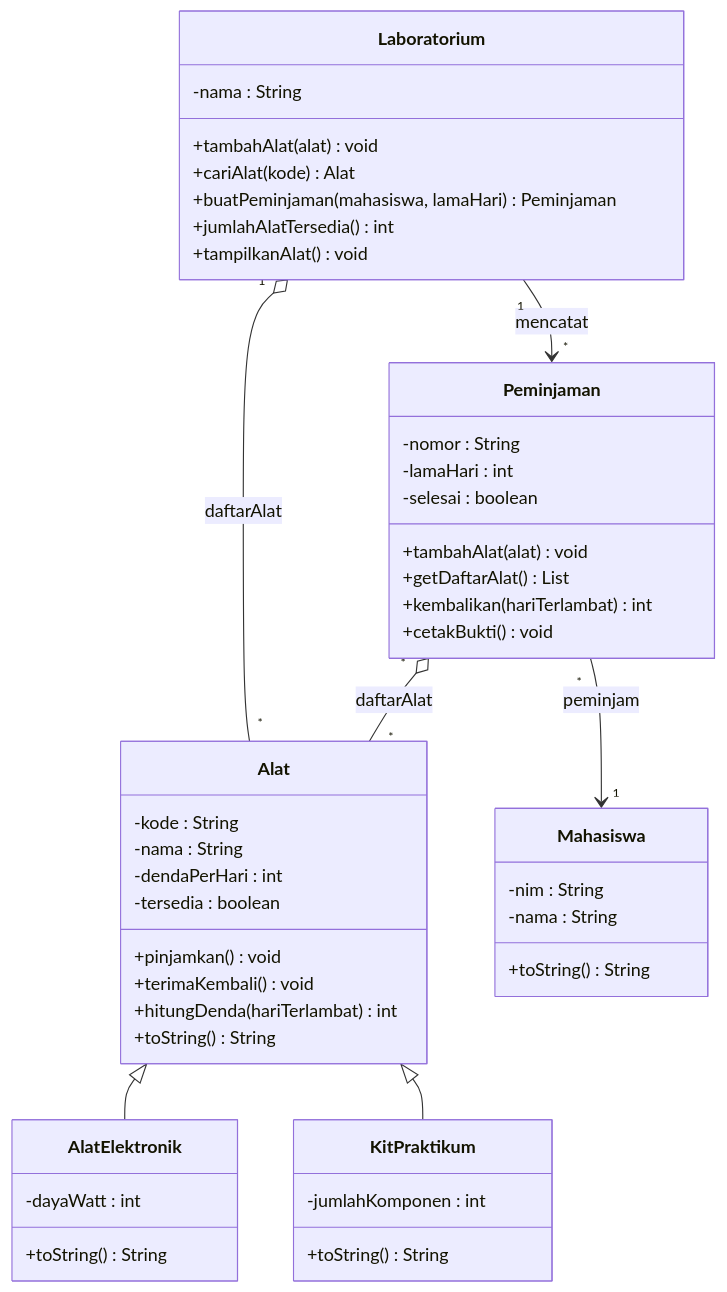
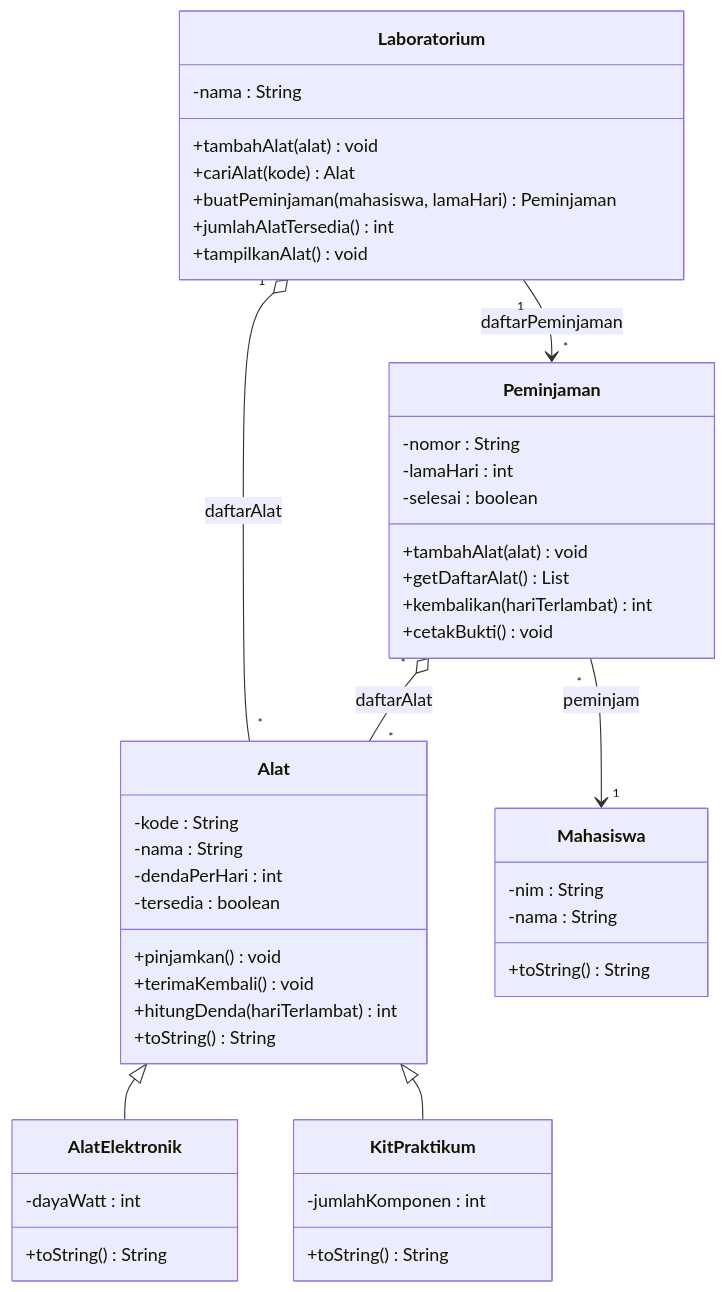
Before and after one commit to antonprafanto/PBO2026: the third of 4 diagrams in Pertemuan-08-UTS/pembahasan.md, drawn with Mermaid. The commit also changed other lines of this file and 291 other files, not shown here.

````diff
--- a/Pertemuan-08-UTS/pembahasan.md
+++ b/Pertemuan-08-UTS/pembahasan.md
@@ -561,49 +589,49 @@
 ```mermaid
 classDiagram
     class Mahasiswa {
         -nim : String
         -nama : String
         +toString() String
     }
     class Alat {
         -kode : String
         -nama : String
         -dendaPerHari : int
         -tersedia : boolean
         +pinjamkan() void
         +terimaKembali() void
         +hitungDenda(hariTerlambat) int
         +toString() String
     }
     class AlatElektronik {
         -dayaWatt : int
         +toString() String
     }
     class KitPraktikum {
         -jumlahKomponen : int
         +toString() String
     }
     class Peminjaman {
         -nomor : String
         -lamaHari : int
         -selesai : boolean
         +tambahAlat(alat) void
         +getDaftarAlat() List
         +kembalikan(hariTerlambat) int
         +cetakBukti() void
     }
     class Laboratorium {
         -nama : String
         +tambahAlat(alat) void
         +cariAlat(kode) Alat
         +buatPeminjaman(mahasiswa, lamaHari) Peminjaman
         +jumlahAlatTersedia() int
         +tampilkanAlat() void
     }
     Alat <|-- AlatElektronik
     Alat <|-- KitPraktikum
     Laboratorium "1" o-- "*" Alat : daftarAlat
-    Laboratorium "1" --> "*" Peminjaman : mencatat
+    Laboratorium "1" --> "*" Peminjaman : daftarPeminjaman
     Peminjaman "*" o-- "*" Alat : daftarAlat
     Peminjaman "*" --> "1" Mahasiswa : peminjam
 ```
````
